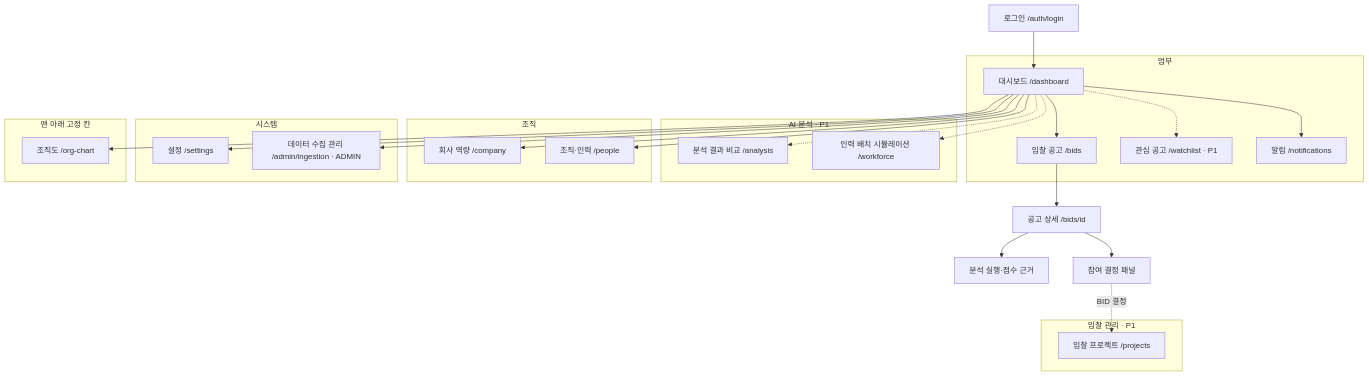
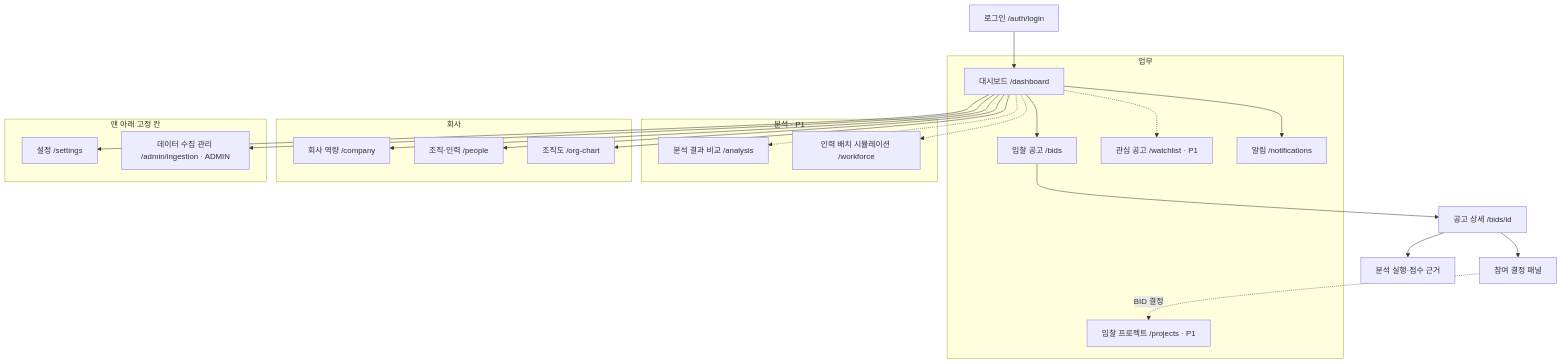
One commit to solideoai/sol-radar changed the diagram in docs/06-UI-UX.md. Above: the diagram before and after it, drawn with Mermaid. The commit also changed other lines of this file and 45 other files, not shown here.

````diff
--- a/docs/06-UI-UX.md
+++ b/docs/06-UI-UX.md
@@ -32,42 +32,38 @@
 ```mermaid
 flowchart TD
  L[로그인 /auth/login] --> D
  subgraph 업무
   D[대시보드 /dashboard]
   B[입찰 공고 /bids]
   W[관심 공고 /watchlist · P1]
+  P[입찰 프로젝트 /projects · P1]
   N[알림 /notifications]
  end
- subgraph AI분석[AI 분석 · P1]
+ subgraph 분석[분석 · P1]
   AN[분석 결과 비교 /analysis]
   WF[인력 배치 시뮬레이션 /workforce]
  end
- subgraph 입찰관리[입찰 관리 · P1]
-  P[입찰 프로젝트 /projects]
- end
- subgraph 조직
+ subgraph 회사
   C[회사 역량 /company]
   O[조직·인력 /people]
+  OC[조직도 /org-chart]
  end
- subgraph 시스템
+ subgraph 고정칸[맨 아래 고정 칸]
   ST[설정 /settings]
   M[데이터 수집 관리 /admin/ingestion · ADMIN]
- end
- subgraph 고정칸[맨 아래 고정 칸]
-  OC[조직도 /org-chart]
  end
  D --> B
  B --> S[공고 상세 /bids/id]
  S --> A[분석 실행·점수 근거]
  S --> R[참여 결정 패널]
  D --> N
  D --> C
  D --> O
  D --> ST
  D --> M
  D --> OC
  D -.-> W
  D -.-> AN
  D -.-> WF
  R -.->|BID 결정| P
 ```
````
